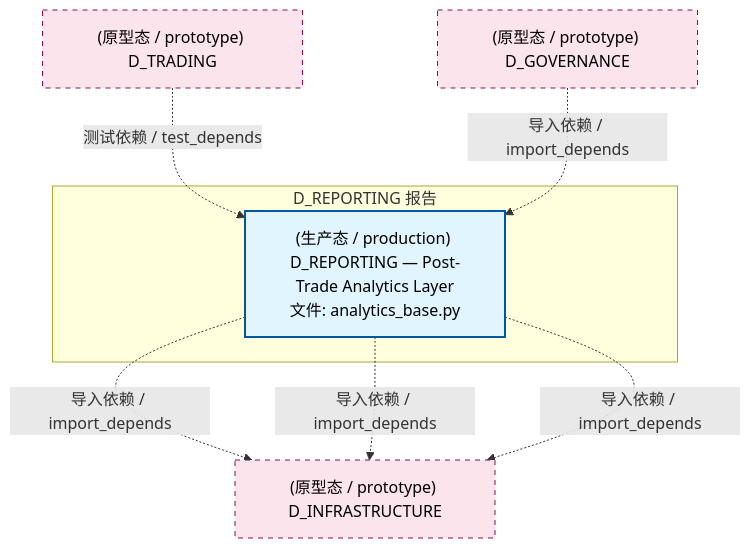
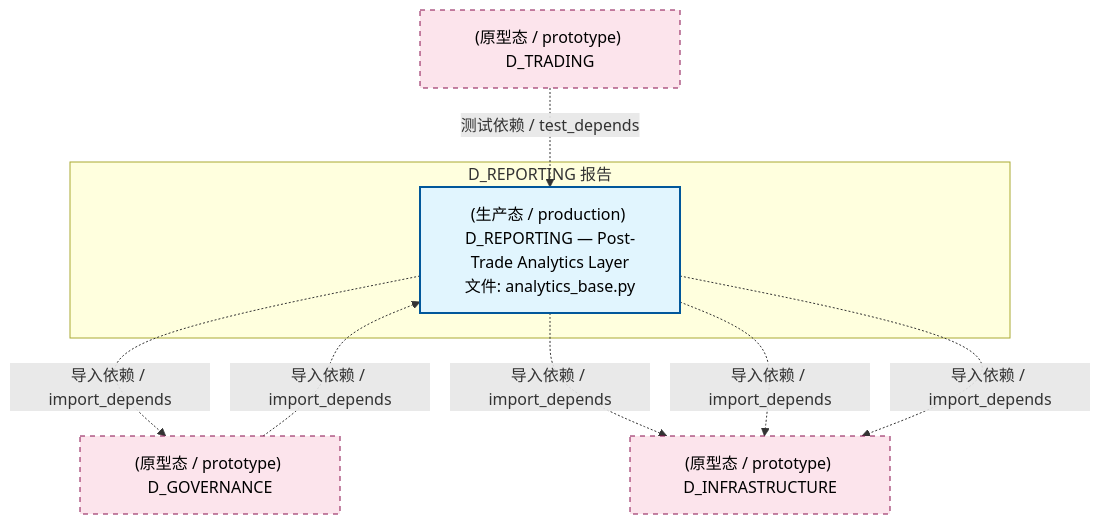
The second of 4 diagrams in docs/02_enterprise_architecture/02_domain_architecture_docs/23_d_reporting.md (xuanFelixVan/ZephyrAlpha), drawn with Mermaid before and after one commit. The commit also changed other lines of this file and 126 other files, not shown here.

````diff
--- a/docs/02_enterprise_architecture/02_domain_architecture_docs/23_d_reporting.md
+++ b/docs/02_enterprise_architecture/02_domain_architecture_docs/23_d_reporting.md
@@ -118,20 +121,21 @@
 ```mermaid
 graph TD
     subgraph D_REPORTING["D_REPORTING 报告"]
         src_zephyr_reporting_analytics_base_py["(生产态 / production) D_REPORTING — Post-Trade Analytics Layer<br/>文件: analytics_base.py"]
     end
+    D_GOVERNANCE["(原型态 / prototype) D_GOVERNANCE"]
+    src_zephyr_reporting_analytics_base_py -.->|导入依赖 / import_depends| D_GOVERNANCE
     D_INFRASTRUCTURE["(原型态 / prototype) D_INFRASTRUCTURE"]
     src_zephyr_reporting_analytics_base_py -.->|导入依赖 / import_depends| D_INFRASTRUCTURE
     src_zephyr_reporting_analytics_base_py -.->|导入依赖 / import_depends| D_INFRASTRUCTURE
     src_zephyr_reporting_analytics_base_py -.->|导入依赖 / import_depends| D_INFRASTRUCTURE
     D_TRADING["(原型态 / prototype) D_TRADING"]
     D_TRADING -.->|测试依赖 / test_depends| src_zephyr_reporting_analytics_base_py
-    D_GOVERNANCE["(原型态 / prototype) D_GOVERNANCE"]
     D_GOVERNANCE -.->|导入依赖 / import_depends| src_zephyr_reporting_analytics_base_py
     classDef production fill:#e1f5fe,stroke:#01579b,stroke-width:2px,color:#000
     classDef design fill:#fff3e0,stroke:#e65100,stroke-width:2px,color:#000,stroke-dasharray: 5 5
     classDef external_prod fill:#e8f5e9,stroke:#1b5e20,stroke-width:1px,color:#000
     classDef external_design fill:#fce4ec,stroke:#880e4f,stroke-width:1px,color:#000,stroke-dasharray: 5 5
     class src_zephyr_reporting_analytics_base_py production
-    class D_INFRASTRUCTURE,D_TRADING,D_GOVERNANCE external_design
+    class D_GOVERNANCE,D_INFRASTRUCTURE,D_TRADING external_design
 ```
````
